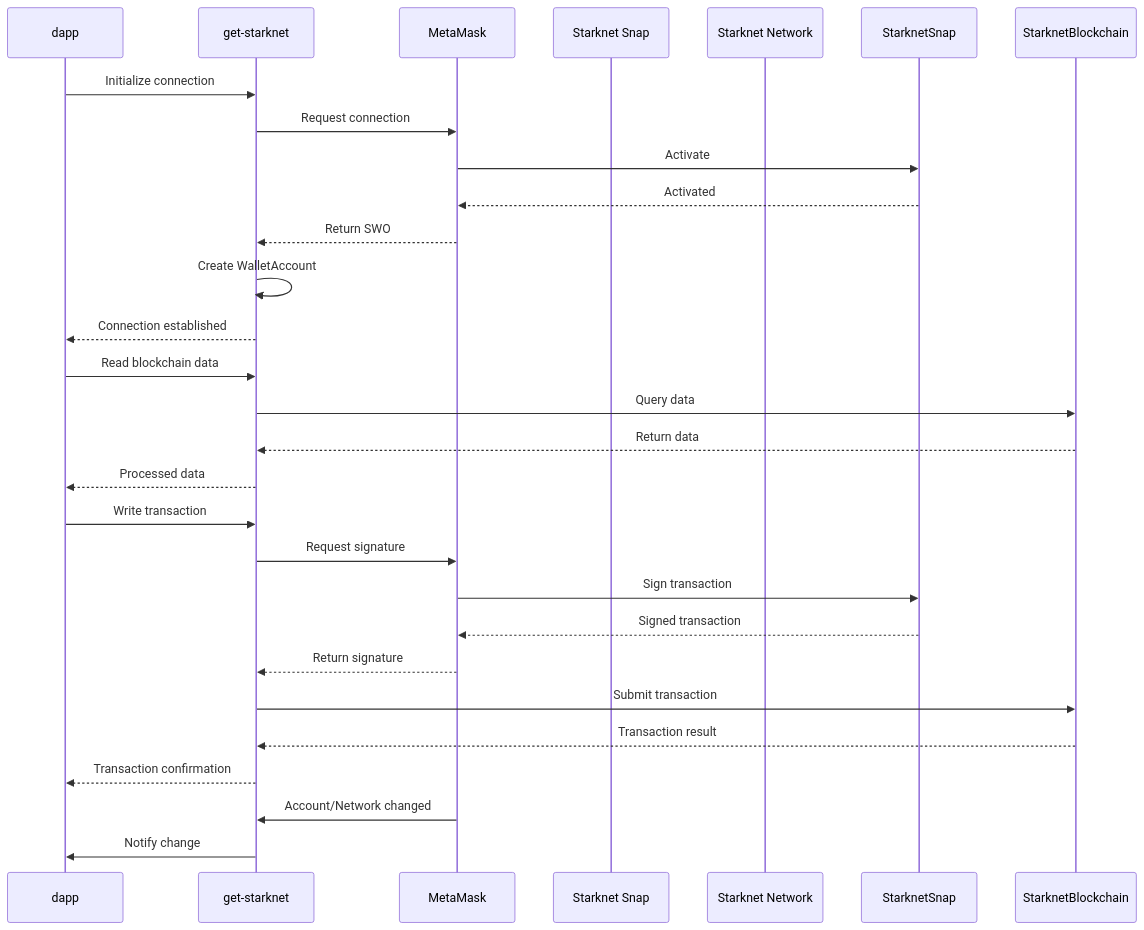
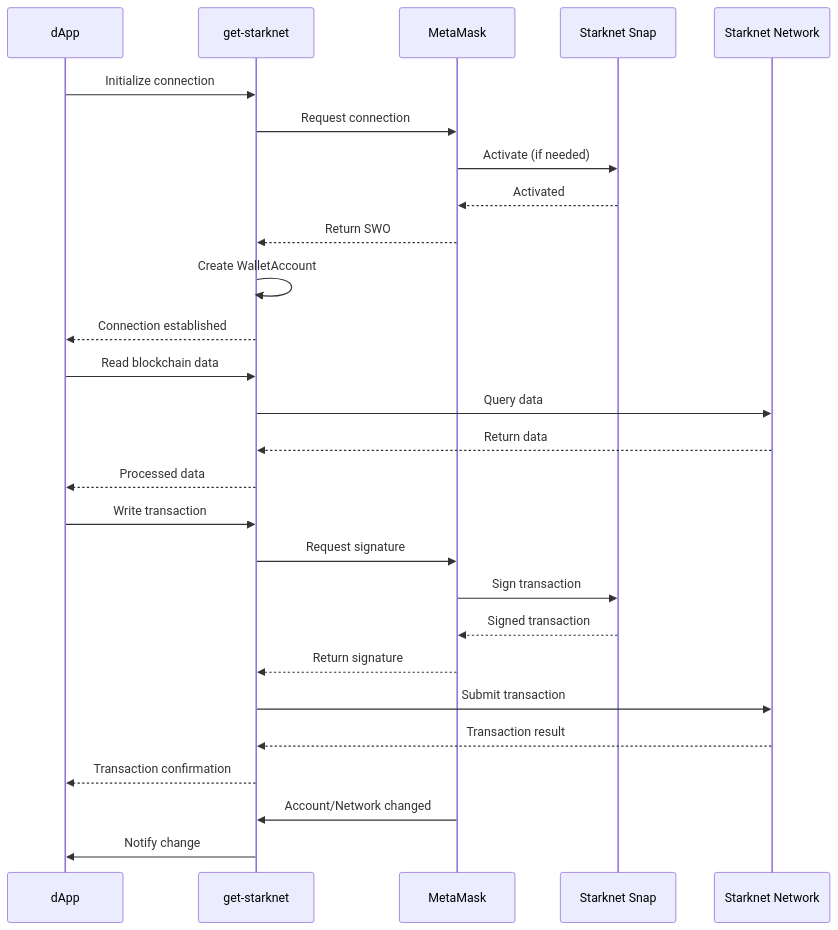
Before and after one commit to MetaMask/metamask-docs: the diagram in wallet/how-to/use-non-evm-networks/starknet-snap/index.md, drawn with Mermaid. The commit also changed other lines of this file, not shown here.

````diff
--- a/wallet/how-to/use-non-evm-networks/starknet-snap/index.md
+++ b/wallet/how-to/use-non-evm-networks/starknet-snap/index.md
@@ -40,33 +34,30 @@
 ```mermaid
 sequenceDiagram
-    participant dapp
-    participant getStarknet as get-starknet
-    participant MetaMask
-    participant Starknet Snap
-    participant Starknet Network
+    participant dapp as dApp
+    participant get as get-starknet
+    participant mm as MetaMask
+    participant snap as Starknet Snap
+    participant network as Starknet Network
 
-    dapp->>getStarknet: Initialize connection
-    getStarknet->>MetaMask: Request connection
-    MetaMask->>StarknetSnap: Activate
-    StarknetSnap-->>MetaMask: Activated
-    MetaMask-->>getStarknet: Return SWO
-    getStarknet->>getStarknet: Create WalletAccount
-    getStarknet-->>dapp: Connection established
-
-    dapp->>getStarknet: Read blockchain data
-    getStarknet->>StarknetBlockchain: Query data
-    StarknetBlockchain-->>getStarknet: Return data
-    getStarknet-->>dapp: Processed data
-
-    dapp->>getStarknet: Write transaction
-    getStarknet->>MetaMask: Request signature
-    MetaMask->>StarknetSnap: Sign transaction
-    StarknetSnap-->>MetaMask: Signed transaction
-    MetaMask-->>getStarknet: Return signature
-    getStarknet->>StarknetBlockchain: Submit transaction
-    StarknetBlockchain-->>getStarknet: Transaction result
-    getStarknet-->>dapp: Transaction confirmation
-
-    MetaMask->>getStarknet: Account/Network changed
-    getStarknet->>dapp: Notify change
+    dapp->>get: Initialize connection
+    get->>mm: Request connection
+    mm->>snap: Activate (if needed)
+    snap-->>mm: Activated
+    mm-->>get: Return SWO
+    get->>get: Create WalletAccount
+    get-->>dapp: Connection established
+    dapp->>get: Read blockchain data
+    get->>network: Query data
+    network-->>get: Return data
+    get-->>dapp: Processed data
+    dapp->>get: Write transaction
+    get->>mm: Request signature
+    mm->>snap: Sign transaction
+    snap-->>mm: Signed transaction
+    mm-->>get: Return signature
+    get->>network: Submit transaction
+    network-->>get: Transaction result
+    get-->>dapp: Transaction confirmation
+    mm->>get: Account/Network changed
+    get->>dapp: Notify change
 ```
````
